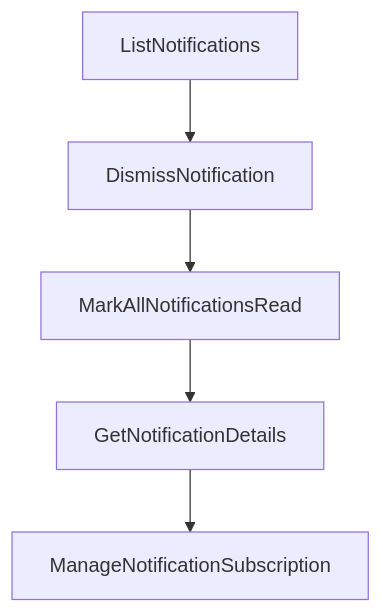
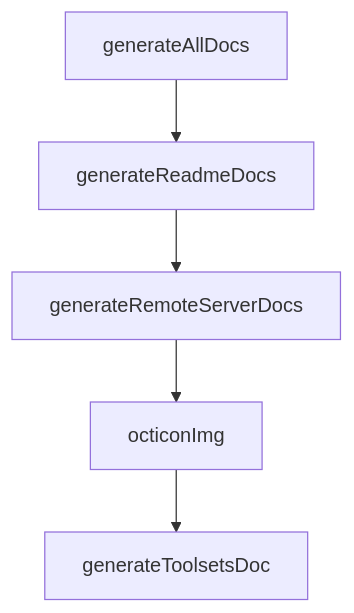
Before and after one commit to johnxie/awesome-code-docs: the diagram in tutorials/github-mcp-server-tutorial/02-remote-vs-local-architecture.md, drawn with Mermaid. The commit also changed other lines of this file and 1232 other files, not shown here.

````diff
--- a/tutorials/github-mcp-server-tutorial/02-remote-vs-local-architecture.md
+++ b/tutorials/github-mcp-server-tutorial/02-remote-vs-local-architecture.md
@@ -217,12 +215,12 @@
 ```mermaid
 flowchart TD
-    A[ListNotifications]
-    B[DismissNotification]
-    C[MarkAllNotificationsRead]
-    D[GetNotificationDetails]
-    E[ManageNotificationSubscription]
+    A[generateAllDocs]
+    B[generateReadmeDocs]
+    C[generateRemoteServerDocs]
+    D[octiconImg]
+    E[generateToolsetsDoc]
     A --> B
     B --> C
     C --> D
     D --> E
 ```
````
